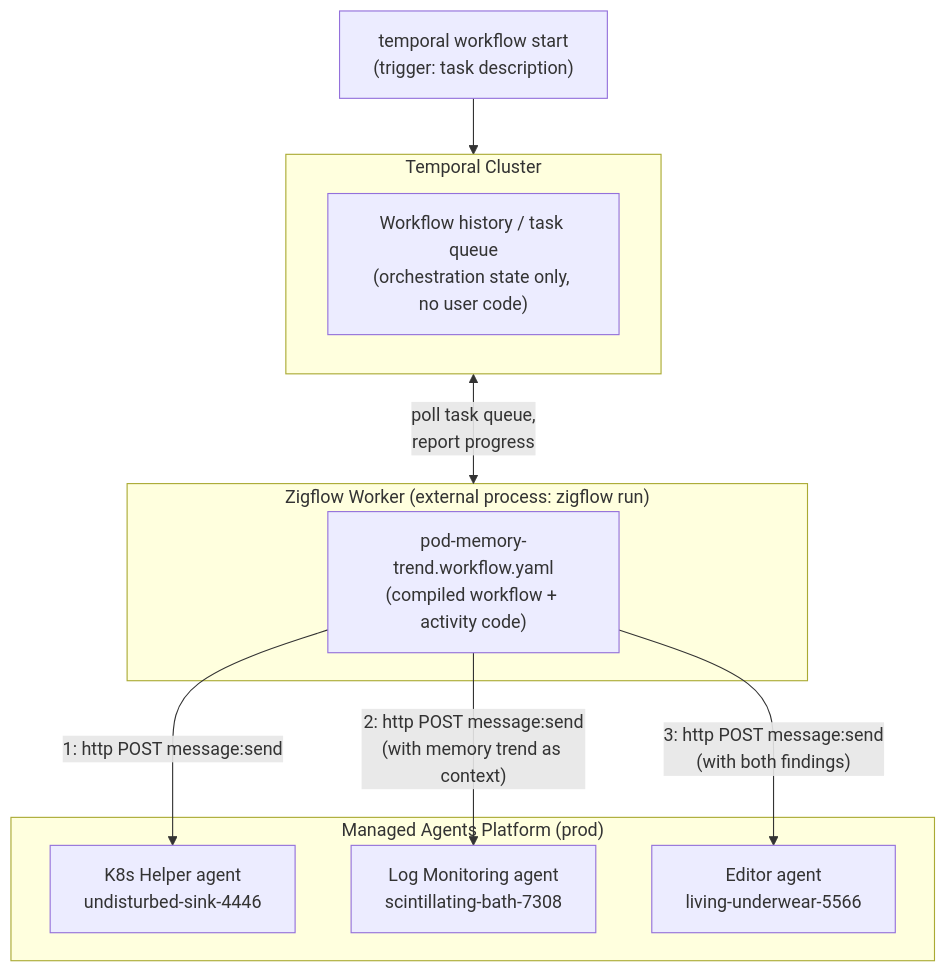
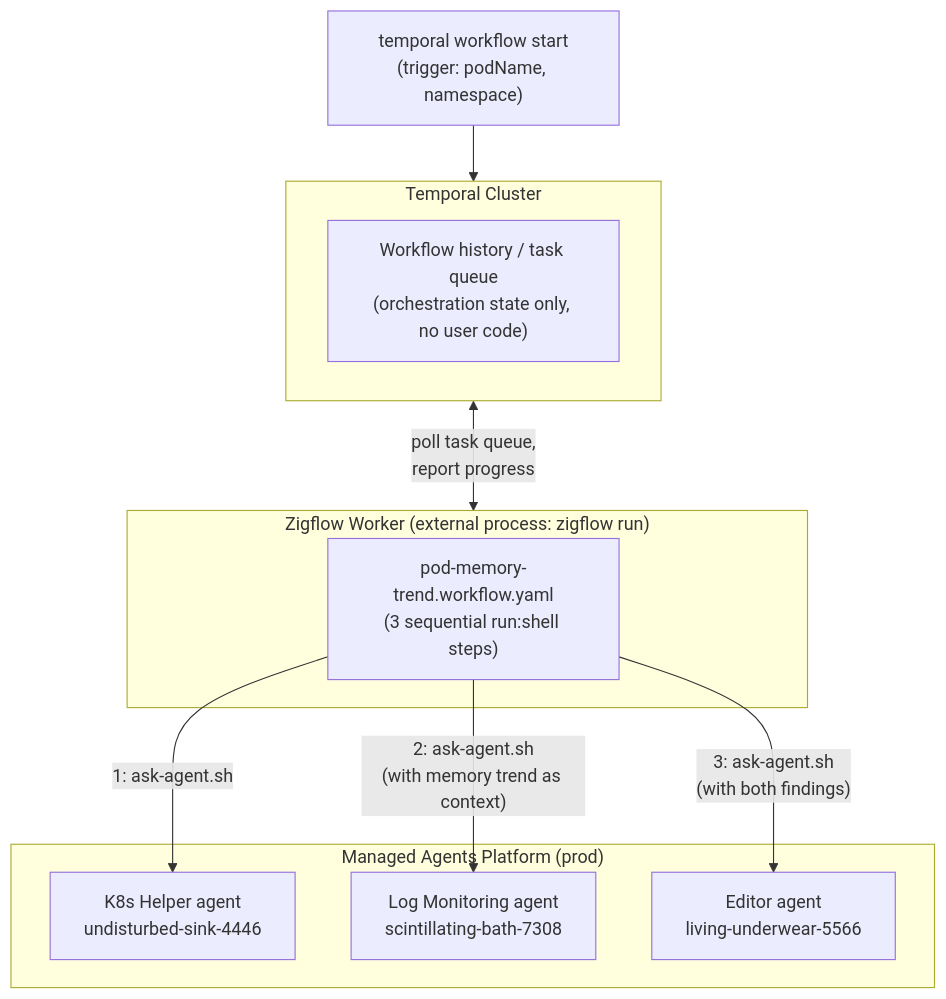
Before and after one commit to heiko-braun/trex: the first of 2 diagrams in docs/architecure/pod-memory-trend-demo.md, drawn with Mermaid. The commit also changed other lines of this file and 3 other files, not shown here.

First line of the commit message:
Build and validate the pod memory trend demo workflow end-to-end

````diff
--- a/docs/architecure/pod-memory-trend-demo.md
+++ b/docs/architecure/pod-memory-trend-demo.md
@@ -40,24 +49,24 @@
 ```mermaid
 graph TD
-    Cli["temporal workflow start<br/>(trigger: task description)"] --> TC
+    Cli["temporal workflow start<br/>(trigger: podName, namespace)"] --> TC
 
     subgraph TC["Temporal Cluster"]
         Hist["Workflow history / task queue<br/>(orchestration state only, no user code)"]
     end
 
     subgraph Worker["Zigflow Worker (external process: zigflow run)"]
-        ZW["pod-memory-trend.workflow.yaml<br/>(compiled workflow + activity code)"]
+        ZW["pod-memory-trend.workflow.yaml<br/>(3 sequential run:shell steps)"]
     end
 
     TC <-->|"poll task queue,<br/>report progress"| Worker
 
-    ZW -->|"1: http POST message:send"| K8s["K8s Helper agent<br/>undisturbed-sink-4446"]
-    ZW -->|"2: http POST message:send<br/>(with memory trend as context)"| Logs["Log Monitoring agent<br/>scintillating-bath-7308"]
-    ZW -->|"3: http POST message:send<br/>(with both findings)"| Ed["Editor agent<br/>living-underwear-5566"]
+    ZW -->|"1: ask-agent.sh"| K8s["K8s Helper agent<br/>undisturbed-sink-4446"]
+    ZW -->|"2: ask-agent.sh<br/>(with memory trend as context)"| Logs["Log Monitoring agent<br/>scintillating-bath-7308"]
+    ZW -->|"3: ask-agent.sh<br/>(with both findings)"| Ed["Editor agent<br/>living-underwear-5566"]
 
     subgraph Platform["Managed Agents Platform (prod)"]
         K8s
         Logs
         Ed
     end
 ```
````
